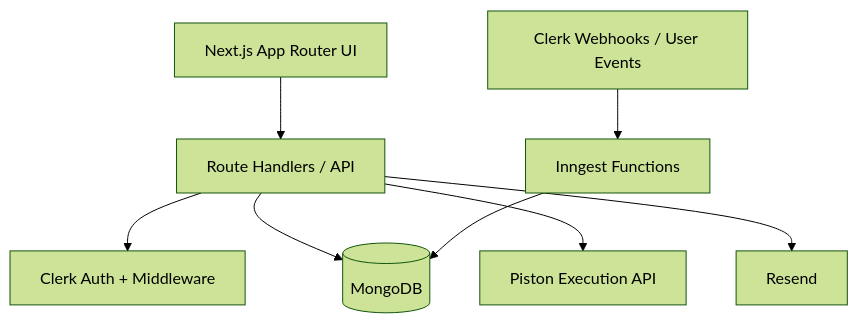
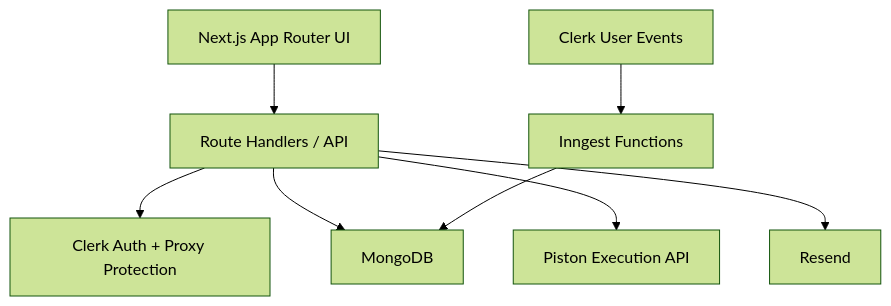
The diagram in README.md (adityagarg2614/daa-portal), drawn with Mermaid (forest theme) before and after one commit. The commit also changed other lines of this file and 4 other files, not shown here.

````diff
--- a/README.md
+++ b/README.md
@@ -121,10 +120,10 @@
 ```mermaid
 flowchart TD
-    UI[Next.js App Router UI] --> API[Route Handlers / API]
-    API --> AUTH[Clerk Auth + Middleware]
-    API --> DB[(MongoDB)]
-    API --> EXEC[Piston Execution API]
-    API --> MAIL[Resend]
-    CLERK[Clerk Webhooks / User Events] --> INNGEST[Inngest Functions]
+    UI["Next.js App Router UI"] --> API["Route Handlers / API"]
+    API --> AUTH["Clerk Auth + Proxy Protection"]
+    API --> DB["MongoDB"]
+    API --> EXEC["Piston Execution API"]
+    API --> MAIL["Resend"]
+    CLERK["Clerk User Events"] --> INNGEST["Inngest Functions"]
     INNGEST --> DB
 ```
````
